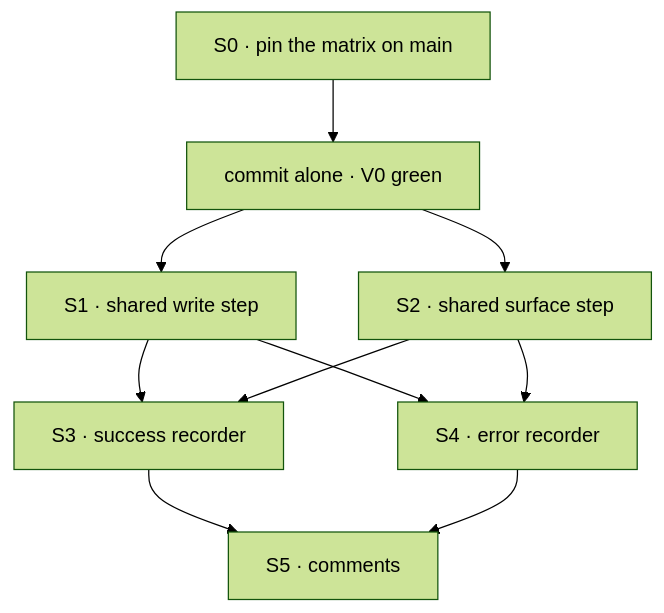
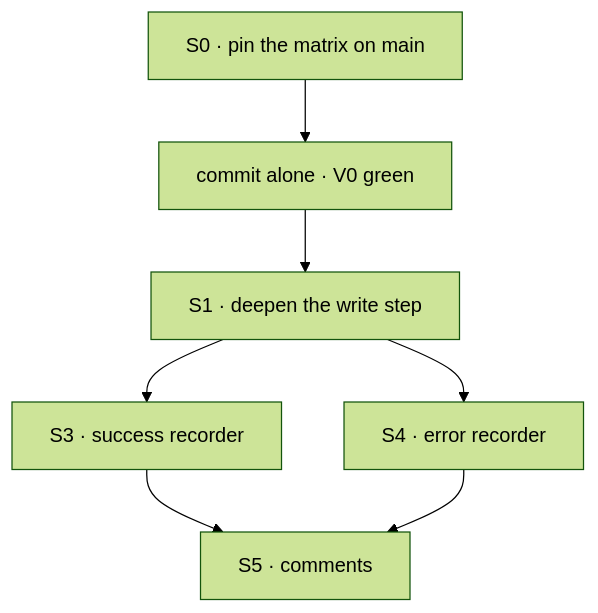
One commit to fixpoint-labs/flow-state-dev changed the diagram in specs/issues/FIX-1472/PLAN.md. Above: the diagram before and after it, drawn with Mermaid (forest theme). The commit also changed other lines of this file and 5 other files, not shown here.

First line of the commit message:
spec(FIX-1472): review round 1 - one shared write step, tail stays per recorder

````diff
--- a/specs/issues/FIX-1472/PLAN.md
+++ b/specs/issues/FIX-1472/PLAN.md
@@ -27,12 +28,9 @@
 ```mermaid
 flowchart TD
   S0["S0 · pin the matrix on main"] --> C0["commit alone · V0 green"]
-  C0 --> S1["S1 · shared write step"]
-  C0 --> S2["S2 · shared surface step"]
+  C0 --> S1["S1 · deepen the write step"]
   S1 --> S3["S3 · success recorder"]
-  S2 --> S3
   S1 --> S4["S4 · error recorder"]
-  S2 --> S4
   S3 --> S5["S5 · comments"]
   S4 --> S5
 ```
````
